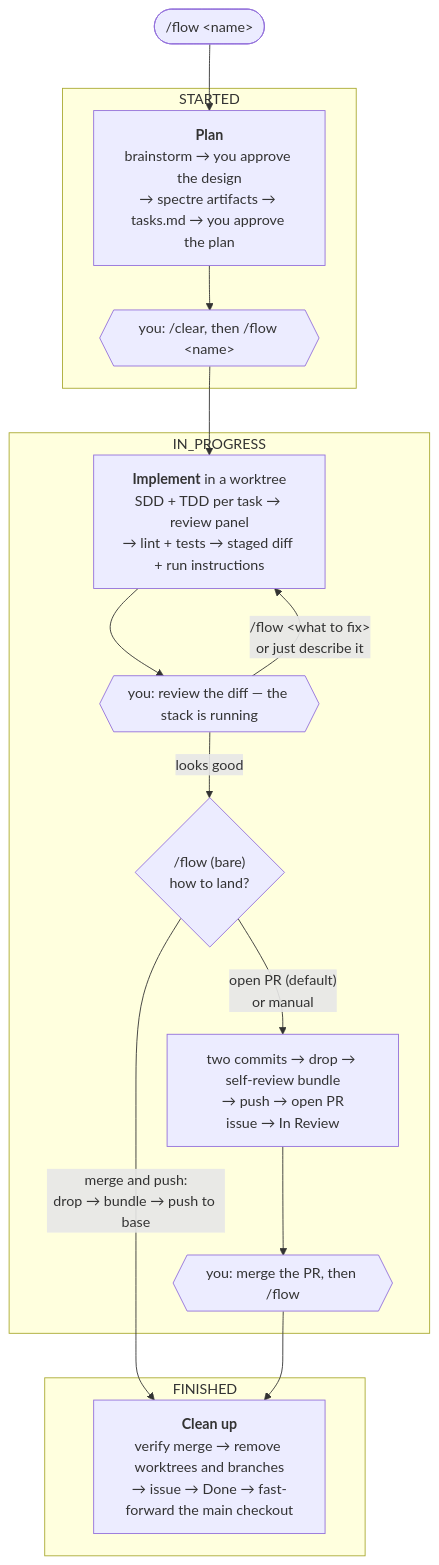
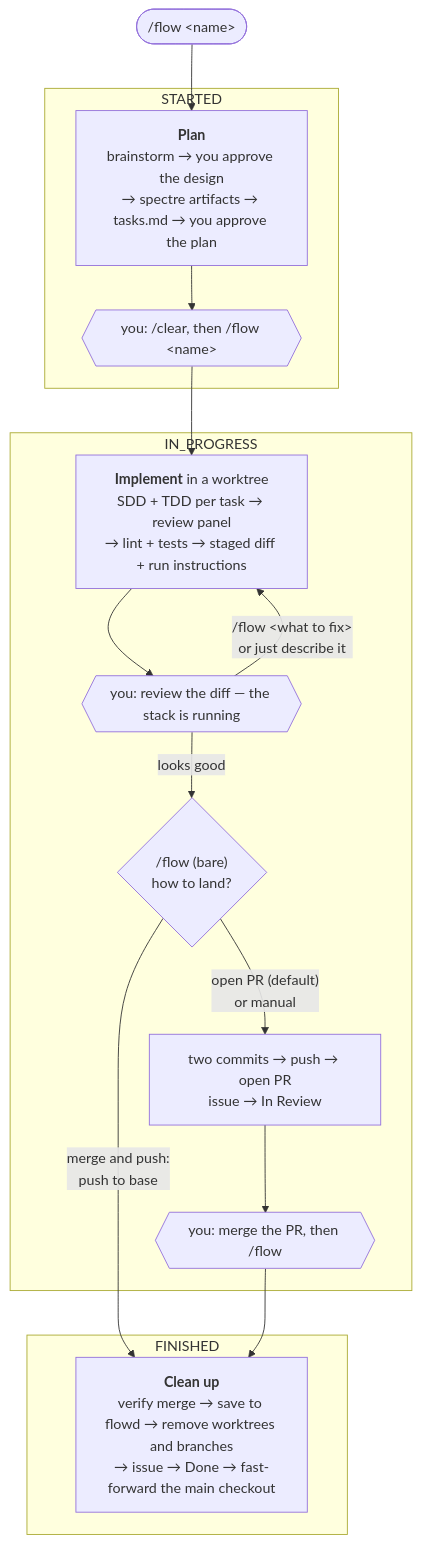
Before and after one commit to tweety53/agents: the diagram in README.md, drawn with Mermaid. The commit also changed other lines of this file and 256 other files, not shown here.

First line of the commit message:
chore: never track the change directory or self-review reports

````diff
--- a/README.md
+++ b/README.md
@@ -64,32 +64,32 @@
 ```mermaid
 flowchart TD
     kick(["/flow #lt;name#gt;"]) --> plan
 
     subgraph S1 ["STARTED"]
         plan["<b>Plan</b><br/>brainstorm → you approve the design<br/>→ spectre artifacts → tasks.md → you approve the plan"]
         g1{{"you: /clear, then /flow #lt;name#gt;"}}
         plan --> g1
     end
 
     g1 --> impl
 
     subgraph S2 ["IN_PROGRESS"]
         impl["<b>Implement</b> in a worktree<br/>SDD + TDD per task → review panel<br/>→ lint + tests → staged diff + run instructions"]
         g2{{"you: review the diff — the stack is running"}}
         land{"/flow (bare)<br/>how to land?"}
-        pr["two commits → drop → self-review bundle<br/>→ push → open PR<br/>issue → In Review"]
+        pr["two commits → push → open PR<br/>issue → In Review"]
         g3{{"you: merge the PR, then /flow"}}
         impl --> g2
         g2 -- "/flow #lt;what to fix#gt;<br/>or just describe it" --> impl
         g2 -- "looks good" --> land
         land -- "open PR (default)<br/>or manual" --> pr
         pr --> g3
     end
 
     subgraph S3 ["FINISHED"]
-        cleanup["<b>Clean up</b><br/>verify merge → remove worktrees and branches<br/>→ issue → Done → fast-forward the main checkout"]
+        cleanup["<b>Clean up</b><br/>verify merge → save to flowd → remove worktrees and branches<br/>→ issue → Done → fast-forward the main checkout"]
     end
 
-    land -- "merge and push:<br/>drop → bundle → push to base" --> cleanup
+    land -- "merge and push:<br/>push to base" --> cleanup
     g3 --> cleanup
 ```
````
